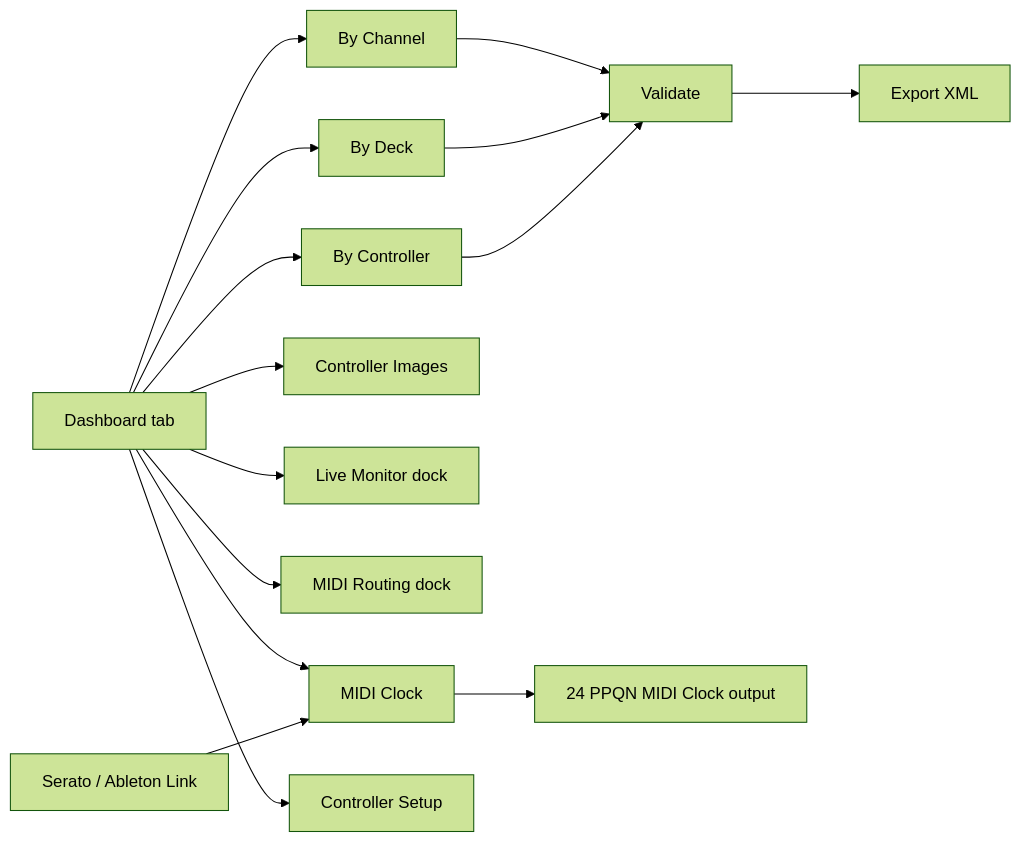
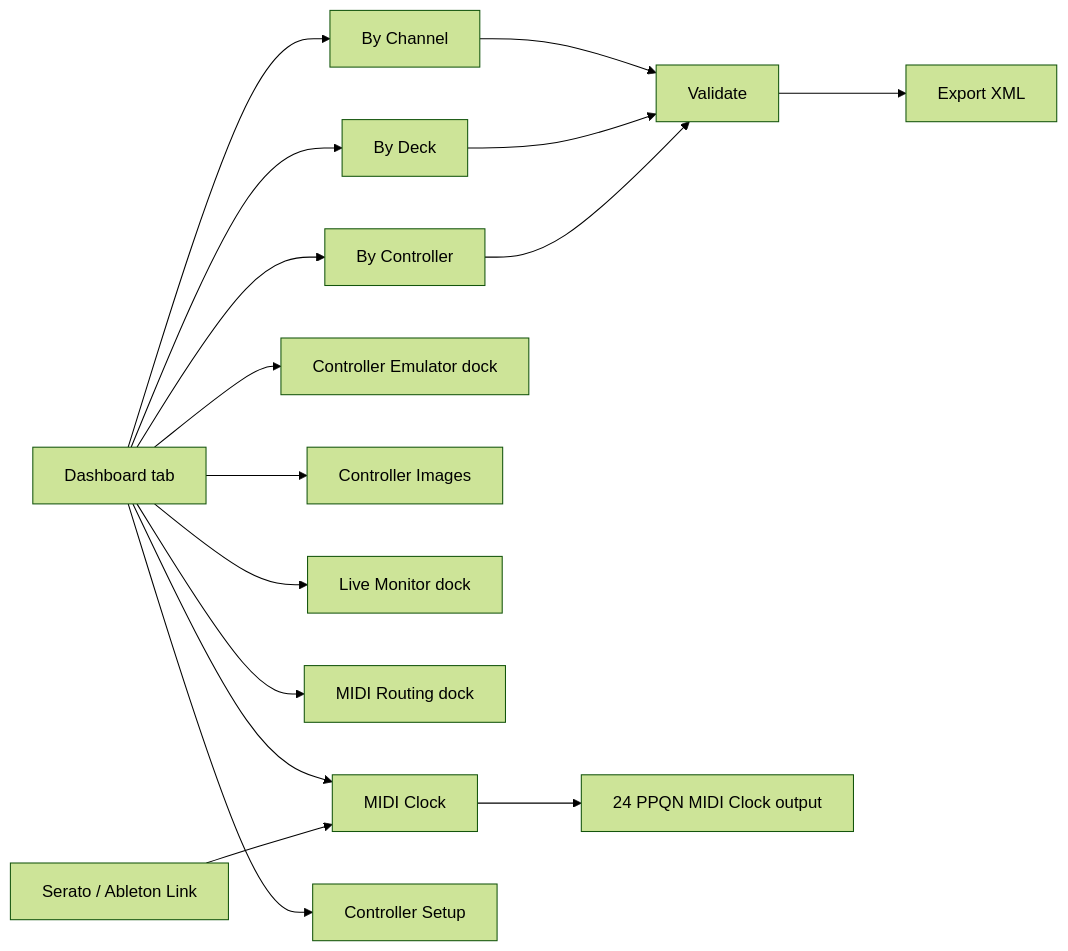
One commit to guillain/DJ-MIDI-Studio changed the diagram in README.md. Above: the diagram before and after it, drawn with Mermaid (forest theme). The commit also changed other lines of this file and 20 other files, not shown here.

````diff
--- a/README.md
+++ b/README.md
@@ -97,17 +103,18 @@
 ```mermaid
 flowchart LR
     Intro[Dashboard tab] --> Channel[By Channel]
 	Intro --> Deck[By Deck]
 	Intro --> Controller[By Controller]
+	Intro --> Emulator[Controller Emulator dock]
 	Intro --> Images[Controller Images]
 	Intro --> Monitor[Live Monitor dock]
 	Intro --> Routing[MIDI Routing dock]
 	Intro --> Clock[MIDI Clock dock]
 	Intro --> Setup[Controller Setup]
 	Channel --> Validate[Validate]
 	Deck --> Validate
 	Controller --> Validate
 	Validate --> Export[Export XML]
 	Link[Serato / Ableton Link] --> Clock[MIDI Clock]
 	Clock --> Output[24 PPQN MIDI Clock output]
 ```
````
